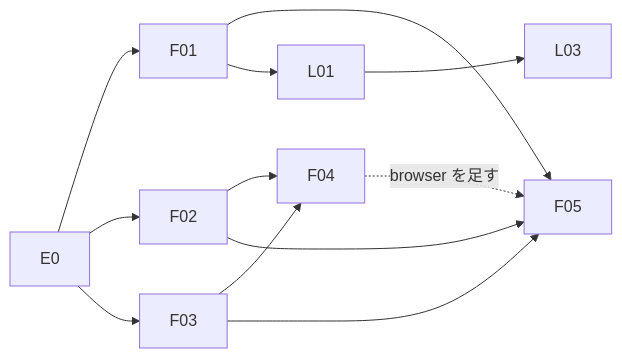
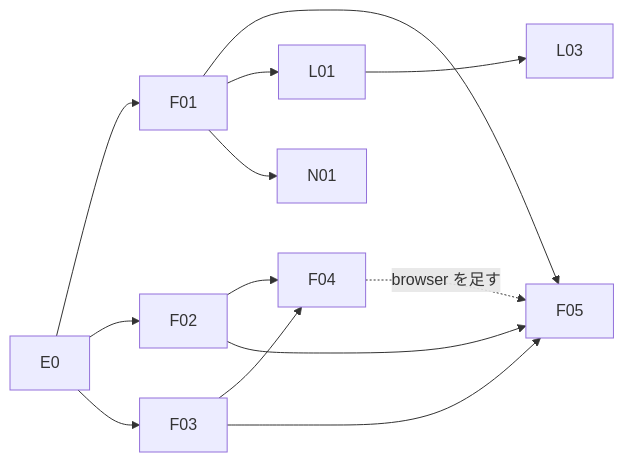
The diagram in docs/plan/chatsumi-plan.md (ochanuco/chatsumi), drawn with Mermaid before and after one commit. The commit also changed other lines of this file, not shown here.

````diff
--- a/docs/plan/chatsumi-plan.md
+++ b/docs/plan/chatsumi-plan.md
@@ -135,9 +136,10 @@
 ```mermaid
 graph LR
   E0 --> F01 & F02 & F03
   F02 & F03 --> F04
   F01 & F02 & F03 --> F05
   F04 -.browser を足す.-> F05
   F01 --> L01
   L01 --> L03
+  F01 --> N01
 ```
````
